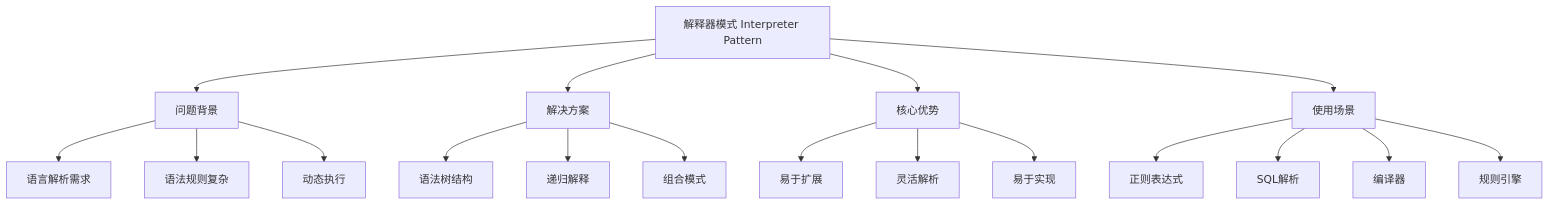
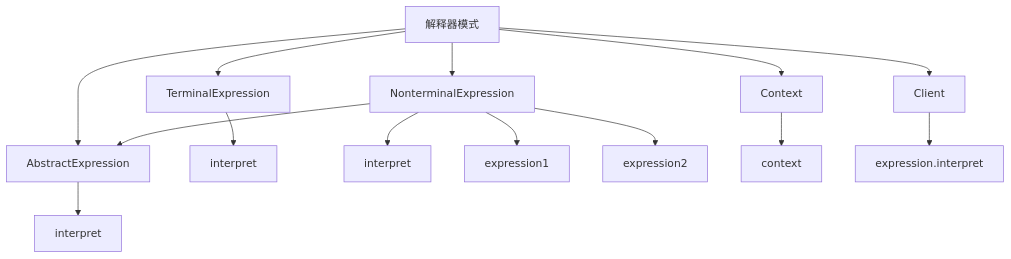
The diagram in 计算机/编程基础/设计模式/05-行为型模式/04-解释器模式.md (Anping2017/obsidian), drawn with Mermaid before and after one commit. The commit also changed other lines of this file and 622 other files, not shown here.

````diff
--- a/计算机/编程基础/设计模式/05-行为型模式/04-解释器模式.md
+++ b/计算机/编程基础/设计模式/05-行为型模式/04-解释器模式.md
@@ -8,24 +8,22 @@
 ```mermaid
 graph TD
-    A[解释器模式 Interpreter Pattern] --> B[问题背景]
-    A --> C[解决方案]
-    A --> D[核心优势]
-    A --> E[使用场景]
+    A[解释器模式] --> B[AbstractExpression]
+    A --> C[TerminalExpression]
+    A --> D[NonterminalExpression]
+    A --> E[Context]
+    A --> F[Client]
     
-    B --> B1[语言解析需求]
-    B --> B2[语法规则复杂]
-    B --> B3[动态执行]
+    B --> B1[interpret]
     
-    C --> C1[语法树结构]
-    C --> C2[递归解释]
-    C --> C3[组合模式]
+    C --> C1[interpret]
     
-    D --> D1[易于扩展]
-    D --> D2[灵活解析]
-    D --> D3[易于实现]
+    D --> D1[interpret]
+    D --> D2[expression1]
+    D --> D3[expression2]
     
-    E --> E1[正则表达式]
-    E --> E2[SQL解析]
-    E --> E3[编译器]
-    E --> E4[规则引擎]
+    E --> E1[context]
+    
+    F --> F1[expression.interpret]
+    
+    D --> B
 ```
````
